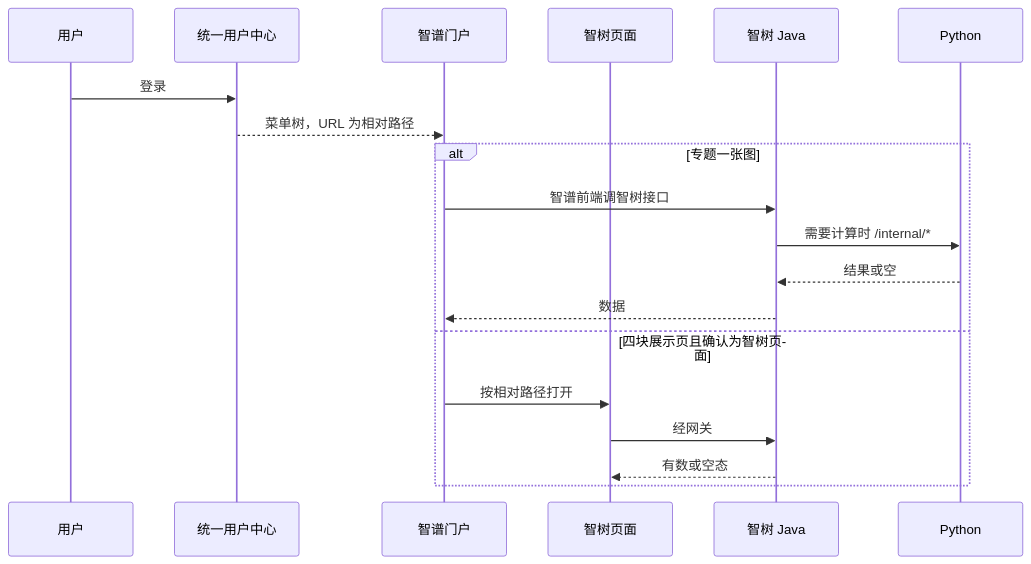
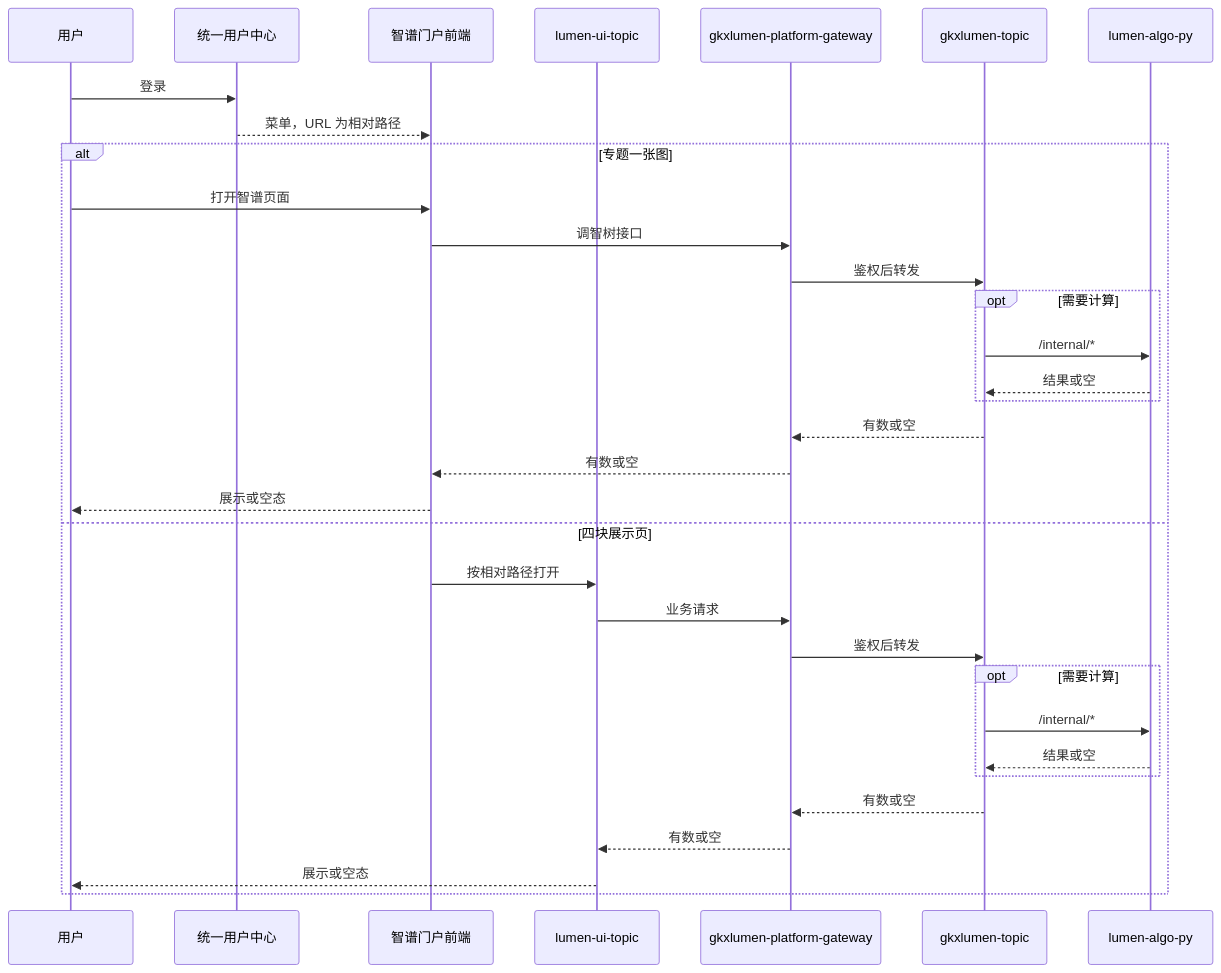
The first of 2 diagrams in agent-delivery/工程过程/04-系统集成/04-门户系统集成/技术方案.md (Marisolebxf/-), drawn with Mermaid before and after one commit. The commit also changed other lines of this file and 15 other files, not shown here.

````diff
--- a/agent-delivery/工程过程/04-系统集成/04-门户系统集成/技术方案.md
+++ b/agent-delivery/工程过程/04-系统集成/04-门户系统集成/技术方案.md
@@ -22,21 +96,35 @@
 ```mermaid
 sequenceDiagram
   participant U as 用户
   participant UC as 统一用户中心
-  participant P as 智谱门户
-  participant FE as 智树页面
-  participant J as 智树 Java
-  participant PY as Python
+  participant P as 智谱门户前端
+  participant FE as lumen-ui-topic
+  participant GW as gkxlumen-platform-gateway
+  participant J as gkxlumen-topic
+  participant PY as lumen-algo-py
   U->>UC: 登录
-  UC-->>P: 菜单树，URL 为相对路径
+  UC-->>P: 菜单，URL 为相对路径
   alt 专题一张图
-    P->>J: 智谱前端调智树接口
-    J->>PY: 需要计算时 /internal/*
-    PY-->>J: 结果或空
-    J-->>P: 数据
-  else 四块展示页且确认为智树页面
+    U->>P: 打开智谱页面
+    P->>GW: 调智树接口
+    GW->>J: 鉴权后转发
+    opt 需要计算
+      J->>PY: /internal/*
+      PY-->>J: 结果或空
+    end
+    J-->>GW: 有数或空
+    GW-->>P: 有数或空
+    P-->>U: 展示或空态
+  else 四块展示页
     P->>FE: 按相对路径打开
-    FE->>J: 经网关
-    J-->>FE: 有数或空态
+    FE->>GW: 业务请求
+    GW->>J: 鉴权后转发
+    opt 需要计算
+      J->>PY: /internal/*
+      PY-->>J: 结果或空
+    end
+    J-->>GW: 有数或空
+    GW-->>FE: 有数或空
+    FE-->>U: 展示或空态
   end
 ```
````
